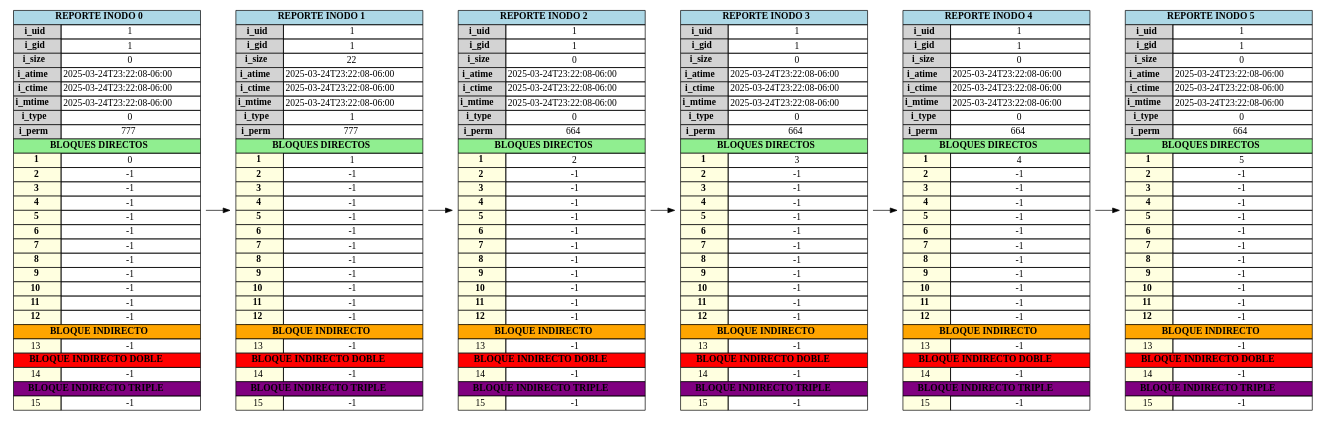
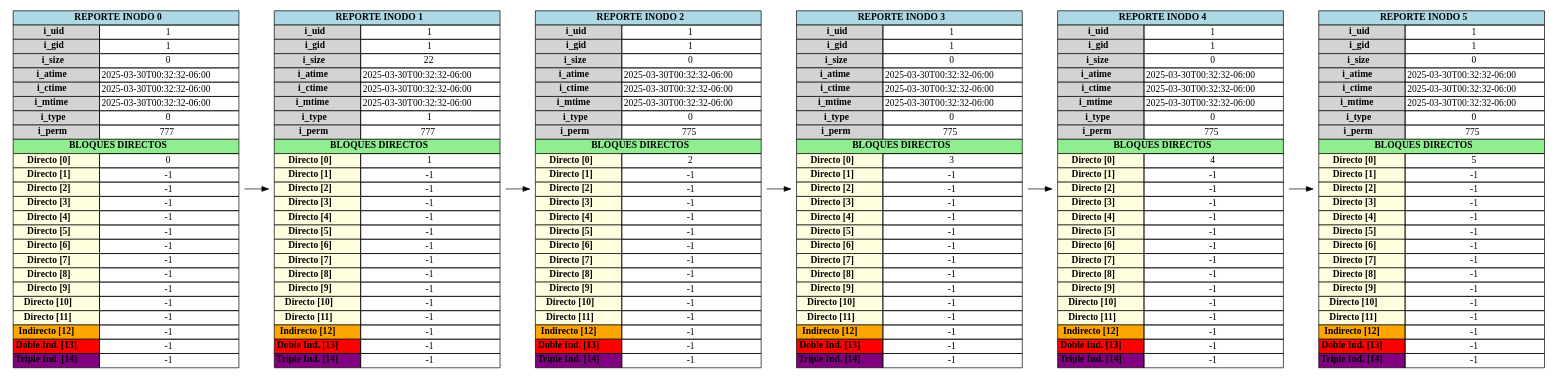
The diagram in backend/output/report_inode.dot (Ennero/MIA_1S2025_P1_202302220), drawn with Graphviz before and after one commit. The commit also changed 23 other files, not shown here.

```diff
--- a/backend/output/report_inode.dot
+++ b/backend/output/report_inode.dot
@@ -7,117 +7,76 @@
         <tr><td bgcolor="lightgray"><b>i_uid</b></td><td>1</td></tr>
         <tr><td bgcolor="lightgray"><b>i_gid</b></td><td>1</td></tr>
         <tr><td bgcolor="lightgray"><b>i_size</b></td><td>0</td></tr>
-        <tr><td bgcolor="lightgray"><b>i_atime</b></td><td>2025-03-24T23:22:08-06:00</td></tr>
-        <tr><td bgcolor="lightgray"><b>i_ctime</b></td><td>2025-03-24T23:22:08-06:00</td></tr>
-        <tr><td bgcolor="lightgray"><b>i_mtime</b></td><td>2025-03-24T23:22:08-06:00</td></tr>
+        <tr><td bgcolor="lightgray"><b>i_atime</b></td><td>2025-03-30T00:32:32-06:00</td></tr>
+        <tr><td bgcolor="lightgray"><b>i_ctime</b></td><td>2025-03-30T00:32:32-06:00</td></tr>
+        <tr><td bgcolor="lightgray"><b>i_mtime</b></td><td>2025-03-30T00:32:32-06:00</td></tr>
         <tr><td bgcolor="lightgray"><b>i_type</b></td><td>0</td></tr>
         <tr><td bgcolor="lightgray"><b>i_perm</b></td><td>777</td></tr>
         <tr><td colspan="2" bgcolor="lightgreen"><b>BLOQUES DIRECTOS</b></td></tr>
-            <tr><td bgcolor="lightyellow"><b>1</b></td><td>0</td></tr><tr><td bgcolor="lightyellow"><b>2</b></td><td>-1</td></tr><tr><td bgcolor="lightyellow"><b>3</b></td><td>-1</td></tr><tr><td bgcolor="lightyellow"><b>4</b></td><td>-1</td></tr><tr><td bgcolor="lightyellow"><b>5</b></td><td>-1</td></tr><tr><td bgcolor="lightyellow"><b>6</b></td><td>-1</td></tr><tr><td bgcolor="lightyellow"><b>7</b></td><td>-1</td></tr><tr><td bgcolor="lightyellow"><b>8</b></td><td>-1</td></tr><tr><td bgcolor="lightyellow"><b>9</b></td><td>-1</td></tr><tr><td bgcolor="lightyellow"><b>10</b></td><td>-1</td></tr><tr><td bgcolor="lightyellow"><b>11</b></td><td>-1</td></tr><tr><td bgcolor="lightyellow"><b>12</b></td><td>-1</td></tr>
-    <tr><td colspan="2" bgcolor="orange"><b>BLOQUE INDIRECTO</b></td></tr>
-    <tr><td bgcolor="lightyellow">13</td><td>-1</td></tr>
-    <tr><td colspan="2" bgcolor="red"><b>BLOQUE INDIRECTO DOBLE</b></td></tr>
-    <tr><td bgcolor="lightyellow">14</td><td>-1</td></tr>
-    <tr><td colspan="2" bgcolor="purple"><b>BLOQUE INDIRECTO TRIPLE</b></td></tr>
-    <tr><td bgcolor="lightyellow">15</td><td>-1</td></tr>
-</table>>];inode0 -> inode1;
-inode1 [label=<
+            <tr><td bgcolor="lightyellow"><b>Directo [0]</b></td><td>0</td></tr><tr><td bgcolor="lightyellow"><b>Directo [1]</b></td><td>-1</td></tr><tr><td bgcolor="lightyellow"><b>Directo [2]</b></td><td>-1</td></tr><tr><td bgcolor="lightyellow"><b>Directo [3]</b></td><td>-1</td></tr><tr><td bgcolor="lightyellow"><b>Directo [4]</b></td><td>-1</td></tr><tr><td bgcolor="lightyellow"><b>Directo [5]</b></td><td>-1</td></tr><tr><td bgcolor="lightyellow"><b>Directo [6]</b></td><td>-1</td></tr><tr><td bgcolor="lightyellow"><b>Directo [7]</b></td><td>-1</td></tr><tr><td bgcolor="lightyellow"><b>Directo [8]</b></td><td>-1</td></tr><tr><td bgcolor="lightyellow"><b>Directo [9]</b></td><td>-1</td></tr><tr><td bgcolor="lightyellow"><b>Directo [10]</b></td><td>-1</td></tr><tr><td bgcolor="lightyellow"><b>Directo [11]</b></td><td>-1</td></tr><tr><td bgcolor="orange"><b>Indirecto [12]</b></td><td>-1</td></tr><tr><td bgcolor="red"><b>Doble Ind. [13]</b></td><td>-1</td></tr><tr><td bgcolor="purple"><b>Triple Ind. [14]</b></td><td>-1</td></tr></table>>];inode1 [label=<
     <table border="0" cellborder="1" cellspacing="0">
         <tr><td colspan="2" bgcolor="lightblue"><b>REPORTE INODO 1</b></td></tr>
         <tr><td bgcolor="lightgray"><b>i_uid</b></td><td>1</td></tr>
         <tr><td bgcolor="lightgray"><b>i_gid</b></td><td>1</td></tr>
         <tr><td bgcolor="lightgray"><b>i_size</b></td><td>22</td></tr>
-        <tr><td bgcolor="lightgray"><b>i_atime</b></td><td>2025-03-24T23:22:08-06:00</td></tr>
-        <tr><td bgcolor="lightgray"><b>i_ctime</b></td><td>2025-03-24T23:22:08-06:00</td></tr>
-        <tr><td bgcolor="lightgray"><b>i_mtime</b></td><td>2025-03-24T23:22:08-06:00</td></tr>
+        <tr><td bgcolor="lightgray"><b>i_atime</b></td><td>2025-03-30T00:32:32-06:00</td></tr>
+        <tr><td bgcolor="lightgray"><b>i_ctime</b></td><td>2025-03-30T00:32:32-06:00</td></tr>
+        <tr><td bgcolor="lightgray"><b>i_mtime</b></td><td>2025-03-30T00:32:32-06:00</td></tr>
         <tr><td bgcolor="lightgray"><b>i_type</b></td><td>1</td></tr>
         <tr><td bgcolor="lightgray"><b>i_perm</b></td><td>777</td></tr>
         <tr><td colspan="2" bgcolor="lightgreen"><b>BLOQUES DIRECTOS</b></td></tr>
-            <tr><td bgcolor="lightyellow"><b>1</b></td><td>1</td></tr><tr><td bgcolor="lightyellow"><b>2</b></td><td>-1</td></tr><tr><td bgcolor="lightyellow"><b>3</b></td><td>-1</td></tr><tr><td bgcolor="lightyellow"><b>4</b></td><td>-1</td></tr><tr><td bgcolor="lightyellow"><b>5</b></td><td>-1</td></tr><tr><td bgcolor="lightyellow"><b>6</b></td><td>-1</td></tr><tr><td bgcolor="lightyellow"><b>7</b></td><td>-1</td></tr><tr><td bgcolor="lightyellow"><b>8</b></td><td>-1</td></tr><tr><td bgcolor="lightyellow"><b>9</b></td><td>-1</td></tr><tr><td bgcolor="lightyellow"><b>10</b></td><td>-1</td></tr><tr><td bgcolor="lightyellow"><b>11</b></td><td>-1</td></tr><tr><td bgcolor="lightyellow"><b>12</b></td><td>-1</td></tr>
-    <tr><td colspan="2" bgcolor="orange"><b>BLOQUE INDIRECTO</b></td></tr>
-    <tr><td bgcolor="lightyellow">13</td><td>-1</td></tr>
-    <tr><td colspan="2" bgcolor="red"><b>BLOQUE INDIRECTO DOBLE</b></td></tr>
-    <tr><td bgcolor="lightyellow">14</td><td>-1</td></tr>
-    <tr><td colspan="2" bgcolor="purple"><b>BLOQUE INDIRECTO TRIPLE</b></td></tr>
-    <tr><td bgcolor="lightyellow">15</td><td>-1</td></tr>
-</table>>];inode1 -> inode2;
-inode2 [label=<
+            <tr><td bgcolor="lightyellow"><b>Directo [0]</b></td><td>1</td></tr><tr><td bgcolor="lightyellow"><b>Directo [1]</b></td><td>-1</td></tr><tr><td bgcolor="lightyellow"><b>Directo [2]</b></td><td>-1</td></tr><tr><td bgcolor="lightyellow"><b>Directo [3]</b></td><td>-1</td></tr><tr><td bgcolor="lightyellow"><b>Directo [4]</b></td><td>-1</td></tr><tr><td bgcolor="lightyellow"><b>Directo [5]</b></td><td>-1</td></tr><tr><td bgcolor="lightyellow"><b>Directo [6]</b></td><td>-1</td></tr><tr><td bgcolor="lightyellow"><b>Directo [7]</b></td><td>-1</td></tr><tr><td bgcolor="lightyellow"><b>Directo [8]</b></td><td>-1</td></tr><tr><td bgcolor="lightyellow"><b>Directo [9]</b></td><td>-1</td></tr><tr><td bgcolor="lightyellow"><b>Directo [10]</b></td><td>-1</td></tr><tr><td bgcolor="lightyellow"><b>Directo [11]</b></td><td>-1</td></tr><tr><td bgcolor="orange"><b>Indirecto [12]</b></td><td>-1</td></tr><tr><td bgcolor="red"><b>Doble Ind. [13]</b></td><td>-1</td></tr><tr><td bgcolor="purple"><b>Triple Ind. [14]</b></td><td>-1</td></tr></table>>];
+	inode0 -> inode1;inode2 [label=<
     <table border="0" cellborder="1" cellspacing="0">
         <tr><td colspan="2" bgcolor="lightblue"><b>REPORTE INODO 2</b></td></tr>
         <tr><td bgcolor="lightgray"><b>i_uid</b></td><td>1</td></tr>
         <tr><td bgcolor="lightgray"><b>i_gid</b></td><td>1</td></tr>
         <tr><td bgcolor="lightgray"><b>i_size</b></td><td>0</td></tr>
-        <tr><td bgcolor="lightgray"><b>i_atime</b></td><td>2025-03-24T23:22:08-06:00</td></tr>
-        <tr><td bgcolor="lightgray"><b>i_ctime</b></td><td>2025-03-24T23:22:08-06:00</td></tr>
-        <tr><td bgcolor="lightgray"><b>i_mtime</b></td><td>2025-03-24T23:22:08-06:00</td></tr>
+        <tr><td bgcolor="lightgray"><b>i_atime</b></td><td>2025-03-30T00:32:32-06:00</td></tr>
+        <tr><td bgcolor="lightgray"><b>i_ctime</b></td><td>2025-03-30T00:32:32-06:00</td></tr>
+        <tr><td bgcolor="lightgray"><b>i_mtime</b></td><td>2025-03-30T00:32:32-06:00</td></tr>
         <tr><td bgcolor="lightgray"><b>i_type</b></td><td>0</td></tr>
-        <tr><td bgcolor="lightgray"><b>i_perm</b></td><td>664</td></tr>
+        <tr><td bgcolor="lightgray"><b>i_perm</b></td><td>775</td></tr>
         <tr><td colspan="2" bgcolor="lightgreen"><b>BLOQUES DIRECTOS</b></td></tr>
-            <tr><td bgcolor="lightyellow"><b>1</b></td><td>2</td></tr><tr><td bgcolor="lightyellow"><b>2</b></td><td>-1</td></tr><tr><td bgcolor="lightyellow"><b>3</b></td><td>-1</td></tr><tr><td bgcolor="lightyellow"><b>4</b></td><td>-1</td></tr><tr><td bgcolor="lightyellow"><b>5</b></td><td>-1</td></tr><tr><td bgcolor="lightyellow"><b>6</b></td><td>-1</td></tr><tr><td bgcolor="lightyellow"><b>7</b></td><td>-1</td></tr><tr><td bgcolor="lightyellow"><b>8</b></td><td>-1</td></tr><tr><td bgcolor="lightyellow"><b>9</b></td><td>-1</td></tr><tr><td bgcolor="lightyellow"><b>10</b></td><td>-1</td></tr><tr><td bgcolor="lightyellow"><b>11</b></td><td>-1</td></tr><tr><td bgcolor="lightyellow"><b>12</b></td><td>-1</td></tr>
-    <tr><td colspan="2" bgcolor="orange"><b>BLOQUE INDIRECTO</b></td></tr>
-    <tr><td bgcolor="lightyellow">13</td><td>-1</td></tr>
-    <tr><td colspan="2" bgcolor="red"><b>BLOQUE INDIRECTO DOBLE</b></td></tr>
-    <tr><td bgcolor="lightyellow">14</td><td>-1</td></tr>
-    <tr><td colspan="2" bgcolor="purple"><b>BLOQUE INDIRECTO TRIPLE</b></td></tr>
-    <tr><td bgcolor="lightyellow">15</td><td>-1</td></tr>
-</table>>];inode2 -> inode3;
-inode3 [label=<
+            <tr><td bgcolor="lightyellow"><b>Directo [0]</b></td><td>2</td></tr><tr><td bgcolor="lightyellow"><b>Directo [1]</b></td><td>-1</td></tr><tr><td bgcolor="lightyellow"><b>Directo [2]</b></td><td>-1</td></tr><tr><td bgcolor="lightyellow"><b>Directo [3]</b></td><td>-1</td></tr><tr><td bgcolor="lightyellow"><b>Directo [4]</b></td><td>-1</td></tr><tr><td bgcolor="lightyellow"><b>Directo [5]</b></td><td>-1</td></tr><tr><td bgcolor="lightyellow"><b>Directo [6]</b></td><td>-1</td></tr><tr><td bgcolor="lightyellow"><b>Directo [7]</b></td><td>-1</td></tr><tr><td bgcolor="lightyellow"><b>Directo [8]</b></td><td>-1</td></tr><tr><td bgcolor="lightyellow"><b>Directo [9]</b></td><td>-1</td></tr><tr><td bgcolor="lightyellow"><b>Directo [10]</b></td><td>-1</td></tr><tr><td bgcolor="lightyellow"><b>Directo [11]</b></td><td>-1</td></tr><tr><td bgcolor="orange"><b>Indirecto [12]</b></td><td>-1</td></tr><tr><td bgcolor="red"><b>Doble Ind. [13]</b></td><td>-1</td></tr><tr><td bgcolor="purple"><b>Triple Ind. [14]</b></td><td>-1</td></tr></table>>];
+	inode1 -> inode2;inode3 [label=<
     <table border="0" cellborder="1" cellspacing="0">
         <tr><td colspan="2" bgcolor="lightblue"><b>REPORTE INODO 3</b></td></tr>
         <tr><td bgcolor="lightgray"><b>i_uid</b></td><td>1</td></tr>
         <tr><td bgcolor="lightgray"><b>i_gid</b></td><td>1</td></tr>
         <tr><td bgcolor="lightgray"><b>i_size</b></td><td>0</td></tr>
-        <tr><td bgcolor="lightgray"><b>i_atime</b></td><td>2025-03-24T23:22:08-06:00</td></tr>
-        <tr><td bgcolor="lightgray"><b>i_ctime</b></td><td>2025-03-24T23:22:08-06:00</td></tr>
-        <tr><td bgcolor="lightgray"><b>i_mtime</b></td><td>2025-03-24T23:22:08-06:00</td></tr>
+        <tr><td bgcolor="lightgray"><b>i_atime</b></td><td>2025-03-30T00:32:32-06:00</td></tr>
+        <tr><td bgcolor="lightgray"><b>i_ctime</b></td><td>2025-03-30T00:32:32-06:00</td></tr>
+        <tr><td bgcolor="lightgray"><b>i_mtime</b></td><td>2025-03-30T00:32:32-06:00</td></tr>
         <tr><td bgcolor="lightgray"><b>i_type</b></td><td>0</td></tr>
-        <tr><td bgcolor="lightgray"><b>i_perm</b></td><td>664</td></tr>
+        <tr><td bgcolor="lightgray"><b>i_perm</b></td><td>775</td></tr>
         <tr><td colspan="2" bgcolor="lightgreen"><b>BLOQUES DIRECTOS</b></td></tr>
-            <tr><td bgcolor="lightyellow"><b>1</b></td><td>3</td></tr><tr><td bgcolor="lightyellow"><b>2</b></td><td>-1</td></tr><tr><td bgcolor="lightyellow"><b>3</b></td><td>-1</td></tr><tr><td bgcolor="lightyellow"><b>4</b></td><td>-1</td></tr><tr><td bgcolor="lightyellow"><b>5</b></td><td>-1</td></tr><tr><td bgcolor="lightyellow"><b>6</b></td><td>-1</td></tr><tr><td bgcolor="lightyellow"><b>7</b></td><td>-1</td></tr><tr><td bgcolor="lightyellow"><b>8</b></td><td>-1</td></tr><tr><td bgcolor="lightyellow"><b>9</b></td><td>-1</td></tr><tr><td bgcolor="lightyellow"><b>10</b></td><td>-1</td></tr><tr><td bgcolor="lightyellow"><b>11</b></td><td>-1</td></tr><tr><td bgcolor="lightyellow"><b>12</b></td><td>-1</td></tr>
-    <tr><td colspan="2" bgcolor="orange"><b>BLOQUE INDIRECTO</b></td></tr>
-    <tr><td bgcolor="lightyellow">13</td><td>-1</td></tr>
-    <tr><td colspan="2" bgcolor="red"><b>BLOQUE INDIRECTO DOBLE</b></td></tr>
-    <tr><td bgcolor="lightyellow">14</td><td>-1</td></tr>
-    <tr><td colspan="2" bgcolor="purple"><b>BLOQUE INDIRECTO TRIPLE</b></td></tr>
-    <tr><td bgcolor="lightyellow">15</td><td>-1</td></tr>
-</table>>];inode3 -> inode4;
-inode4 [label=<
+            <tr><td bgcolor="lightyellow"><b>Directo [0]</b></td><td>3</td></tr><tr><td bgcolor="lightyellow"><b>Directo [1]</b></td><td>-1</td></tr><tr><td bgcolor="lightyellow"><b>Directo [2]</b></td><td>-1</td></tr><tr><td bgcolor="lightyellow"><b>Directo [3]</b></td><td>-1</td></tr><tr><td bgcolor="lightyellow"><b>Directo [4]</b></td><td>-1</td></tr><tr><td bgcolor="lightyellow"><b>Directo [5]</b></td><td>-1</td></tr><tr><td bgcolor="lightyellow"><b>Directo [6]</b></td><td>-1</td></tr><tr><td bgcolor="lightyellow"><b>Directo [7]</b></td><td>-1</td></tr><tr><td bgcolor="lightyellow"><b>Directo [8]</b></td><td>-1</td></tr><tr><td bgcolor="lightyellow"><b>Directo [9]</b></td><td>-1</td></tr><tr><td bgcolor="lightyellow"><b>Directo [10]</b></td><td>-1</td></tr><tr><td bgcolor="lightyellow"><b>Directo [11]</b></td><td>-1</td></tr><tr><td bgcolor="orange"><b>Indirecto [12]</b></td><td>-1</td></tr><tr><td bgcolor="red"><b>Doble Ind. [13]</b></td><td>-1</td></tr><tr><td bgcolor="purple"><b>Triple Ind. [14]</b></td><td>-1</td></tr></table>>];
+	inode2 -> inode3;inode4 [label=<
     <table border="0" cellborder="1" cellspacing="0">
         <tr><td colspan="2" bgcolor="lightblue"><b>REPORTE INODO 4</b></td></tr>
         <tr><td bgcolor="lightgray"><b>i_uid</b></td><td>1</td></tr>
         <tr><td bgcolor="lightgray"><b>i_gid</b></td><td>1</td></tr>
         <tr><td bgcolor="lightgray"><b>i_size</b></td><td>0</td></tr>
-        <tr><td bgcolor="lightgray"><b>i_atime</b></td><td>2025-03-24T23:22:08-06:00</td></tr>
-        <tr><td bgcolor="lightgray"><b>i_ctime</b></td><td>2025-03-24T23:22:08-06:00</td></tr>
-        <tr><td bgcolor="lightgray"><b>i_mtime</b></td><td>2025-03-24T23:22:08-06:00</td></tr>
+        <tr><td bgcolor="lightgray"><b>i_atime</b></td><td>2025-03-30T00:32:32-06:00</td></tr>
+        <tr><td bgcolor="lightgray"><b>i_ctime</b></td><td>2025-03-30T00:32:32-06:00</td></tr>
+        <tr><td bgcolor="lightgray"><b>i_mtime</b></td><td>2025-03-30T00:32:32-06:00</td></tr>
         <tr><td bgcolor="lightgray"><b>i_type</b></td><td>0</td></tr>
-        <tr><td bgcolor="lightgray"><b>i_perm</b></td><td>664</td></tr>
+        <tr><td bgcolor="lightgray"><b>i_perm</b></td><td>775</td></tr>
         <tr><td colspan="2" bgcolor="lightgreen"><b>BLOQUES DIRECTOS</b></td></tr>
-            <tr><td bgcolor="lightyellow"><b>1</b></td><td>4</td></tr><tr><td bgcolor="lightyellow"><b>2</b></td><td>-1</td></tr><tr><td bgcolor="lightyellow"><b>3</b></td><td>-1</td></tr><tr><td bgcolor="lightyellow"><b>4</b></td><td>-1</td></tr><tr><td bgcolor="lightyellow"><b>5</b></td><td>-1</td></tr><tr><td bgcolor="lightyellow"><b>6</b></td><td>-1</td></tr><tr><td bgcolor="lightyellow"><b>7</b></td><td>-1</td></tr><tr><td bgcolor="lightyellow"><b>8</b></td><td>-1</td></tr><tr><td bgcolor="lightyellow"><b>9</b></td><td>-1</td></tr><tr><td bgcolor="lightyellow"><b>10</b></td><td>-1</td></tr><tr><td bgcolor="lightyellow"><b>11</b></td><td>-1</td></tr><tr><td bgcolor="lightyellow"><b>12</b></td><td>-1</td></tr>
-    <tr><td colspan="2" bgcolor="orange"><b>BLOQUE INDIRECTO</b></td></tr>
-    <tr><td bgcolor="lightyellow">13</td><td>-1</td></tr>
-    <tr><td colspan="2" bgcolor="red"><b>BLOQUE INDIRECTO DOBLE</b></td></tr>
-    <tr><td bgcolor="lightyellow">14</td><td>-1</td></tr>
-    <tr><td colspan="2" bgcolor="purple"><b>BLOQUE INDIRECTO TRIPLE</b></td></tr>
-    <tr><td bgcolor="lightyellow">15</td><td>-1</td></tr>
-</table>>];inode4 -> inode5;
-inode5 [label=<
+            <tr><td bgcolor="lightyellow"><b>Directo [0]</b></td><td>4</td></tr><tr><td bgcolor="lightyellow"><b>Directo [1]</b></td><td>-1</td></tr><tr><td bgcolor="lightyellow"><b>Directo [2]</b></td><td>-1</td></tr><tr><td bgcolor="lightyellow"><b>Directo [3]</b></td><td>-1</td></tr><tr><td bgcolor="lightyellow"><b>Directo [4]</b></td><td>-1</td></tr><tr><td bgcolor="lightyellow"><b>Directo [5]</b></td><td>-1</td></tr><tr><td bgcolor="lightyellow"><b>Directo [6]</b></td><td>-1</td></tr><tr><td bgcolor="lightyellow"><b>Directo [7]</b></td><td>-1</td></tr><tr><td bgcolor="lightyellow"><b>Directo [8]</b></td><td>-1</td></tr><tr><td bgcolor="lightyellow"><b>Directo [9]</b></td><td>-1</td></tr><tr><td bgcolor="lightyellow"><b>Directo [10]</b></td><td>-1</td></tr><tr><td bgcolor="lightyellow"><b>Directo [11]</b></td><td>-1</td></tr><tr><td bgcolor="orange"><b>Indirecto [12]</b></td><td>-1</td></tr><tr><td bgcolor="red"><b>Doble Ind. [13]</b></td><td>-1</td></tr><tr><td bgcolor="purple"><b>Triple Ind. [14]</b></td><td>-1</td></tr></table>>];
+	inode3 -> inode4;inode5 [label=<
     <table border="0" cellborder="1" cellspacing="0">
         <tr><td colspan="2" bgcolor="lightblue"><b>REPORTE INODO 5</b></td></tr>
         <tr><td bgcolor="lightgray"><b>i_uid</b></td><td>1</td></tr>
         <tr><td bgcolor="lightgray"><b>i_gid</b></td><td>1</td></tr>
         <tr><td bgcolor="lightgray"><b>i_size</b></td><td>0</td></tr>
-        <tr><td bgcolor="lightgray"><b>i_atime</b></td><td>2025-03-24T23:22:08-06:00</td></tr>
-        <tr><td bgcolor="lightgray"><b>i_ctime</b></td><td>2025-03-24T23:22:08-06:00</td></tr>
-        <tr><td bgcolor="lightgray"><b>i_mtime</b></td><td>2025-03-24T23:22:08-06:00</td></tr>
+        <tr><td bgcolor="lightgray"><b>i_atime</b></td><td>2025-03-30T00:32:32-06:00</td></tr>
+        <tr><td bgcolor="lightgray"><b>i_ctime</b></td><td>2025-03-30T00:32:32-06:00</td></tr>
+        <tr><td bgcolor="lightgray"><b>i_mtime</b></td><td>2025-03-30T00:32:32-06:00</td></tr>
         <tr><td bgcolor="lightgray"><b>i_type</b></td><td>0</td></tr>
-        <tr><td bgcolor="lightgray"><b>i_perm</b></td><td>664</td></tr>
+        <tr><td bgcolor="lightgray"><b>i_perm</b></td><td>775</td></tr>
         <tr><td colspan="2" bgcolor="lightgreen"><b>BLOQUES DIRECTOS</b></td></tr>
-            <tr><td bgcolor="lightyellow"><b>1</b></td><td>5</td></tr><tr><td bgcolor="lightyellow"><b>2</b></td><td>-1</td></tr><tr><td bgcolor="lightyellow"><b>3</b></td><td>-1</td></tr><tr><td bgcolor="lightyellow"><b>4</b></td><td>-1</td></tr><tr><td bgcolor="lightyellow"><b>5</b></td><td>-1</td></tr><tr><td bgcolor="lightyellow"><b>6</b></td><td>-1</td></tr><tr><td bgcolor="lightyellow"><b>7</b></td><td>-1</td></tr><tr><td bgcolor="lightyellow"><b>8</b></td><td>-1</td></tr><tr><td bgcolor="lightyellow"><b>9</b></td><td>-1</td></tr><tr><td bgcolor="lightyellow"><b>10</b></td><td>-1</td></tr><tr><td bgcolor="lightyellow"><b>11</b></td><td>-1</td></tr><tr><td bgcolor="lightyellow"><b>12</b></td><td>-1</td></tr>
-    <tr><td colspan="2" bgcolor="orange"><b>BLOQUE INDIRECTO</b></td></tr>
-    <tr><td bgcolor="lightyellow">13</td><td>-1</td></tr>
-    <tr><td colspan="2" bgcolor="red"><b>BLOQUE INDIRECTO DOBLE</b></td></tr>
-    <tr><td bgcolor="lightyellow">14</td><td>-1</td></tr>
-    <tr><td colspan="2" bgcolor="purple"><b>BLOQUE INDIRECTO TRIPLE</b></td></tr>
-    <tr><td bgcolor="lightyellow">15</td><td>-1</td></tr>
-</table>>];}
+            <tr><td bgcolor="lightyellow"><b>Directo [0]</b></td><td>5</td></tr><tr><td bgcolor="lightyellow"><b>Directo [1]</b></td><td>-1</td></tr><tr><td bgcolor="lightyellow"><b>Directo [2]</b></td><td>-1</td></tr><tr><td bgcolor="lightyellow"><b>Directo [3]</b></td><td>-1</td></tr><tr><td bgcolor="lightyellow"><b>Directo [4]</b></td><td>-1</td></tr><tr><td bgcolor="lightyellow"><b>Directo [5]</b></td><td>-1</td></tr><tr><td bgcolor="lightyellow"><b>Directo [6]</b></td><td>-1</td></tr><tr><td bgcolor="lightyellow"><b>Directo [7]</b></td><td>-1</td></tr><tr><td bgcolor="lightyellow"><b>Directo [8]</b></td><td>-1</td></tr><tr><td bgcolor="lightyellow"><b>Directo [9]</b></td><td>-1</td></tr><tr><td bgcolor="lightyellow"><b>Directo [10]</b></td><td>-1</td></tr><tr><td bgcolor="lightyellow"><b>Directo [11]</b></td><td>-1</td></tr><tr><td bgcolor="orange"><b>Indirecto [12]</b></td><td>-1</td></tr><tr><td bgcolor="red"><b>Doble Ind. [13]</b></td><td>-1</td></tr><tr><td bgcolor="purple"><b>Triple Ind. [14]</b></td><td>-1</td></tr></table>>];
+	inode4 -> inode5;
+}
```
